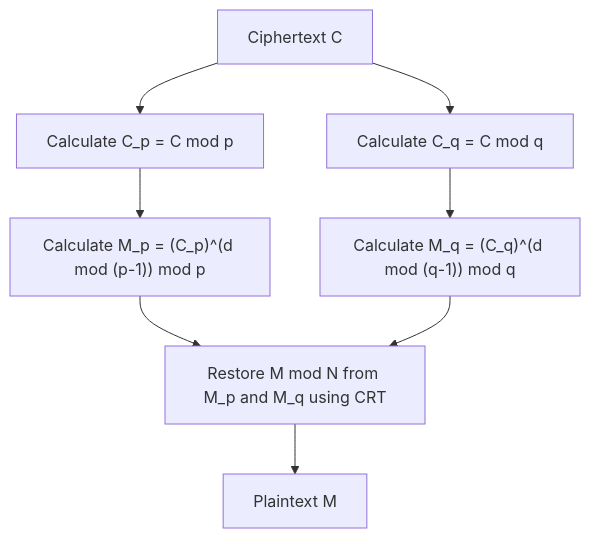
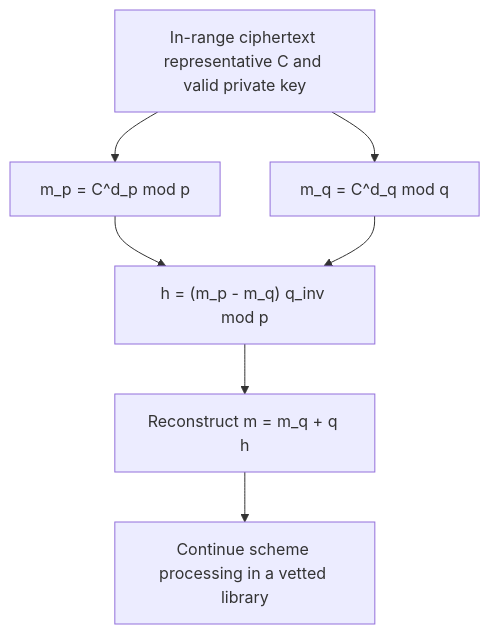
Before and after one commit to kenjinote/blog: the diagram in content/post/chinese-remainder-theorem/index.en.md, drawn with Mermaid. The commit also changed other lines of this file and 8 other files, not shown here.

````diff
--- a/content/post/chinese-remainder-theorem/index.en.md
+++ b/content/post/chinese-remainder-theorem/index.en.md
@@ -127,10 +133,9 @@
 ```mermaid
-graph TD
-    A["Ciphertext C"] --> B["Calculate C_p = C mod p"]
-    A --> C["Calculate C_q = C mod q"]
-    B --> D["Calculate M_p = (C_p)^(d mod (p-1)) mod p"]
-    C --> E["Calculate M_q = (C_q)^(d mod (q-1)) mod q"]
-    D --> F["Restore M mod N from M_p and M_q using CRT"]
-    E --> F
-    F --> G["Plaintext M"]
+flowchart TD
+    A["In-range ciphertext representative C and valid private key"] --> B["m_p = C^d_p mod p"]
+    A --> C["m_q = C^d_q mod q"]
+    B --> D["h = (m_p - m_q) q_inv mod p"]
+    C --> D
+    D --> E["Reconstruct m = m_q + q h"]
+    E --> F["Continue scheme processing in a vetted library"]
 ```
````
